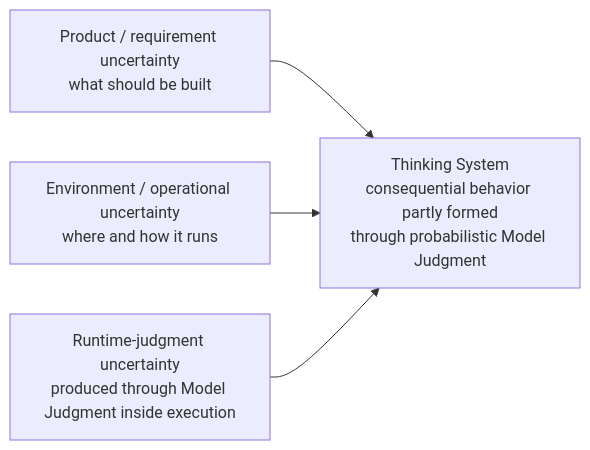
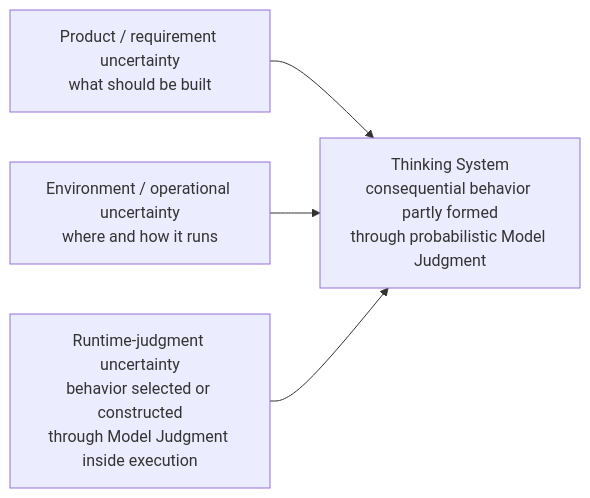
The fifth of 7 diagrams in content/research/notes/thinking-systems-publication-draft.md (UncertaintyArchitectureGroup/uncertainty-architecture), drawn with Mermaid before and after one commit. The commit also changed other lines of this file, not shown here.

````diff
--- a/content/research/notes/thinking-systems-publication-draft.md
+++ b/content/research/notes/thinking-systems-publication-draft.md
@@ -232,11 +232,11 @@
 ```mermaid
 flowchart LR
     R["Product / requirement uncertainty<br/>what should be built"]
     O["Environment / operational uncertainty<br/>where and how it runs"]
-    J["Runtime-judgment uncertainty<br/>produced through Model Judgment inside execution"]
+    J["Runtime-judgment uncertainty<br/>behavior selected or constructed<br/>through Model Judgment inside execution"]
     S["Thinking System<br/>consequential behavior partly formed<br/>through probabilistic Model Judgment"]
 
     R --> S
     O --> S
     J --> S
 ```
````
